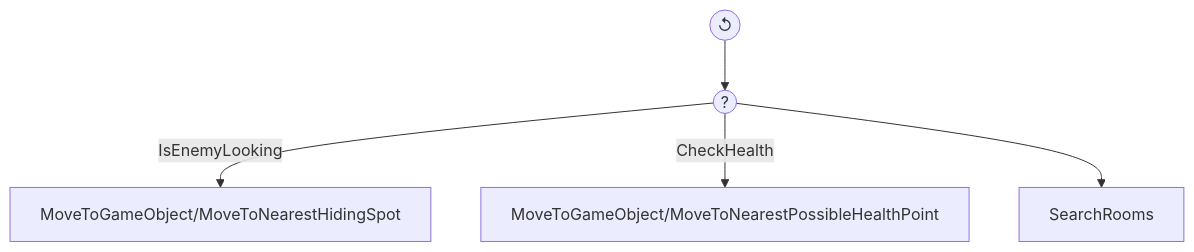
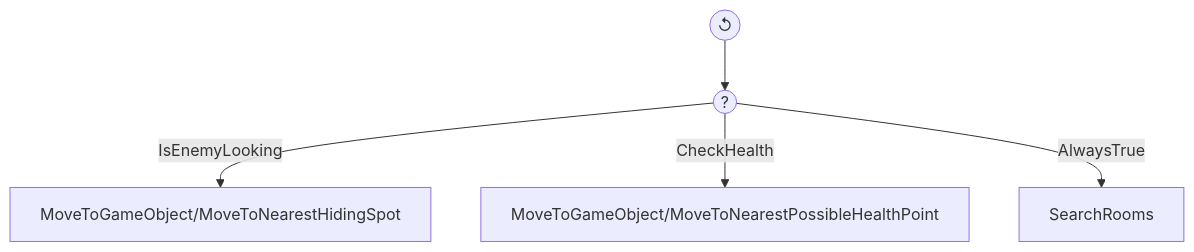
One commit to IAV24-G02/IAV24-G02-P3 changed the third of 5 diagrams in README.md. Above: the diagram before and after it, drawn with Mermaid. The commit also changed other lines of this file and 9 other files, not shown here.

````diff
--- a/README.md
+++ b/README.md
@@ -143,7 +143,7 @@
 ```mermaid
 flowchart TD
     A(("↺")) --> B((?))
     B -->|IsEnemyLooking| C[MoveToGameObject/MoveToNearestHidingSpot]
     B -->|CheckHealth| D[MoveToGameObject/MoveToNearestPossibleHealthPoint]
-    B --> E[SearchRooms]
+    B -->|AlwaysTrue| E[SearchRooms]
 ```
````
